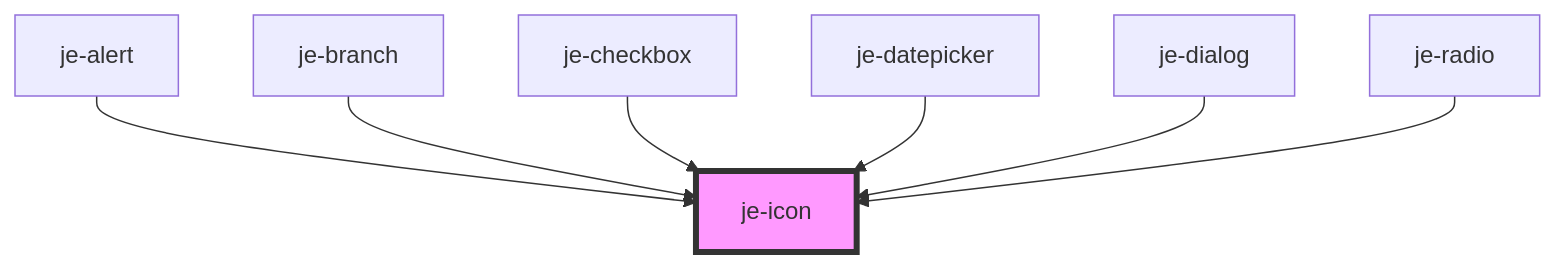
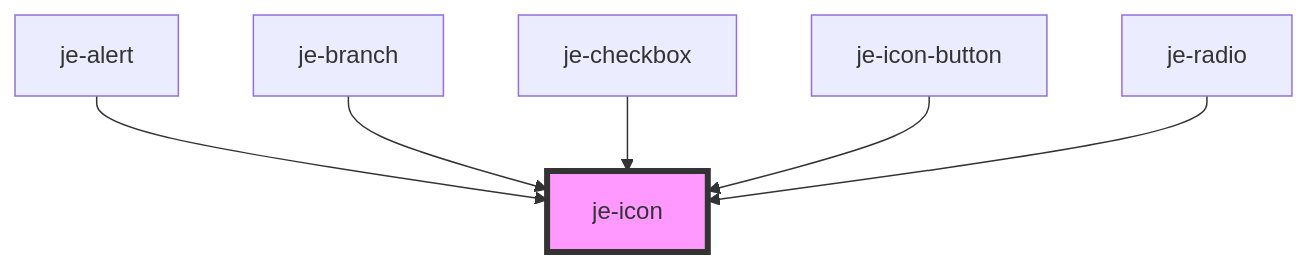
The diagram in packages/docs/docs/components/je-icon/readme.md (pgreen00/jebamo), drawn with Mermaid before and after one commit. The commit also changed other lines of this file and 47 other files, not shown here.

````diff
--- a/packages/docs/docs/components/je-icon/readme.md
+++ b/packages/docs/docs/components/je-icon/readme.md
@@ -42,10 +29,9 @@
 ```mermaid
 graph TD;
   je-alert --> je-icon
   je-branch --> je-icon
   je-checkbox --> je-icon
-  je-datepicker --> je-icon
-  je-dialog --> je-icon
+  je-icon-button --> je-icon
   je-radio --> je-icon
   style je-icon fill:#f9f,stroke:#333,stroke-width:4px
 ```
````
